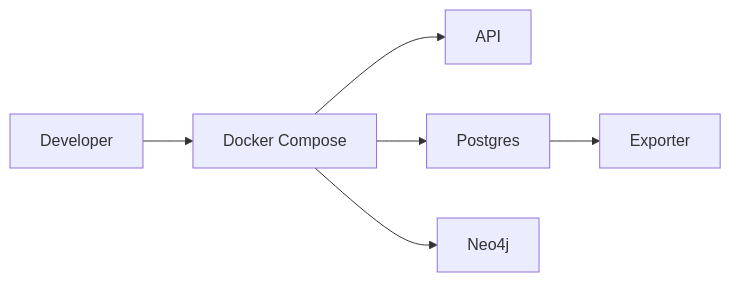
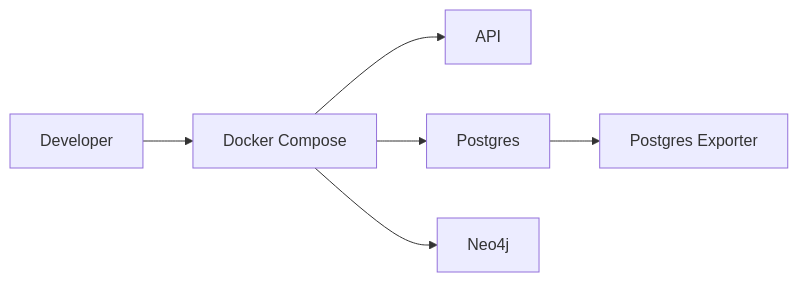
Before and after one commit to DMontgomery40/ragweld: the first of 2 diagrams in mkdocs/docs/deployment.md, drawn with Mermaid. The commit also changed other lines of this file and 110 other files, not shown here.

````diff
--- a/mkdocs/docs/deployment.md
+++ b/mkdocs/docs/deployment.md
@@ -47,8 +49,8 @@
 ```mermaid
 flowchart LR
-    Dev[Developer] --> Compose[Docker Compose]
-    Compose --> API
-    Compose --> Postgres
-    Compose --> Neo4j
-    Postgres --> Exporter
+    Dev["Developer"] --> Compose["Docker Compose"]
+    Compose --> API["API"]
+    Compose --> Postgres["Postgres"]
+    Compose --> Neo4j["Neo4j"]
+    Postgres --> Exporter["Postgres Exporter"]
 ```
````
